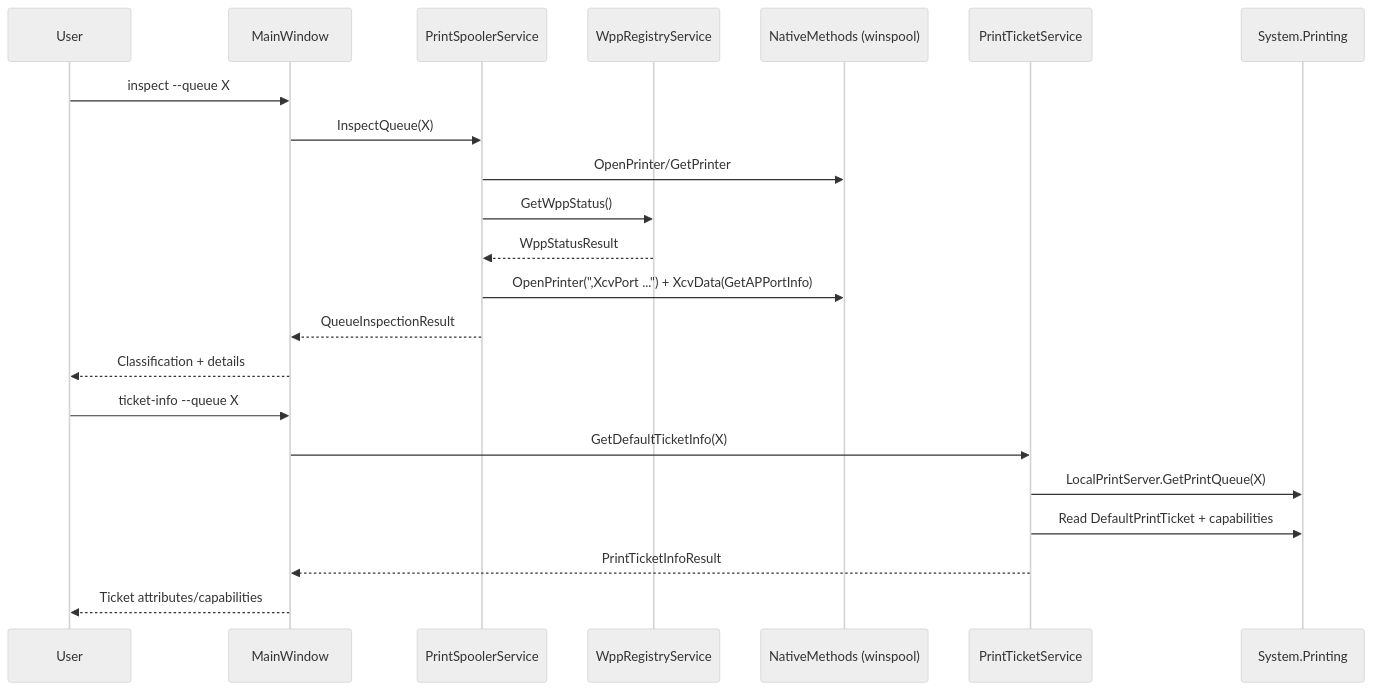
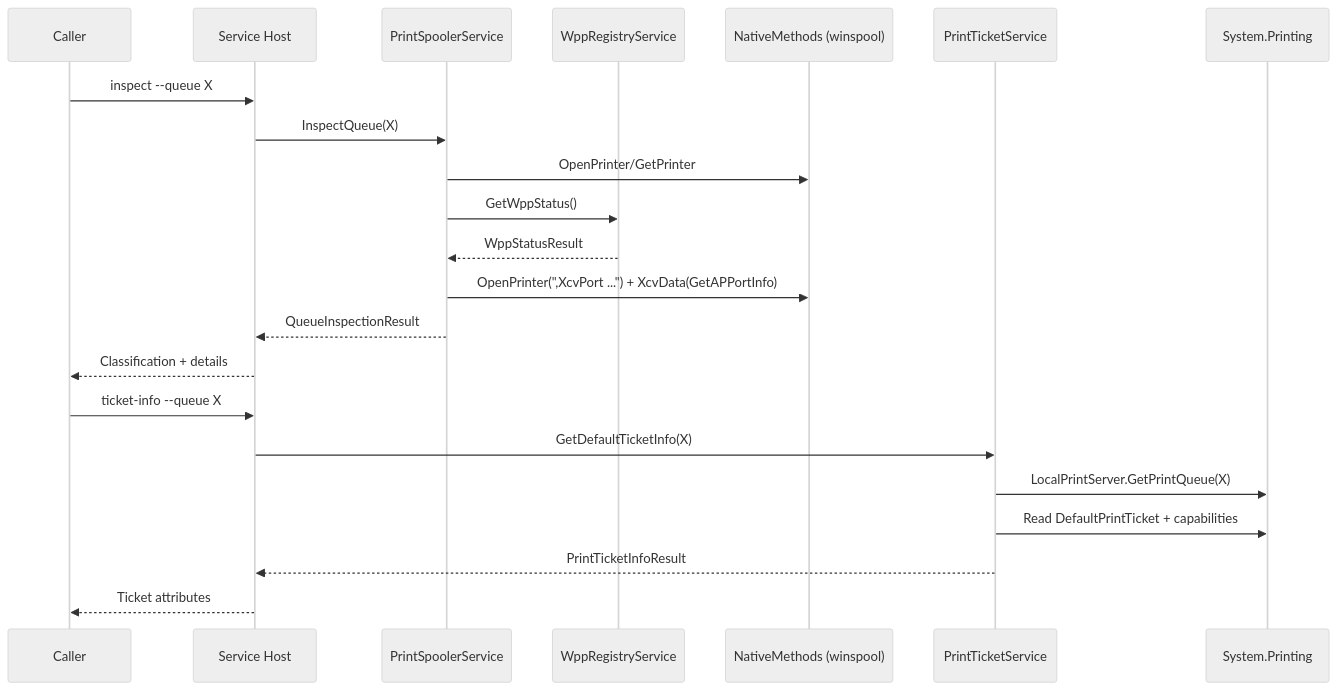
The third of 4 diagrams in docs/guides/03-architecture-styles.md (tiagobuchanellindd/WppQueuePoc), drawn with Mermaid (neutral theme) before and after one commit. The commit also changed other lines of this file and 4 other files, not shown here.

````diff
--- a/docs/guides/03-architecture-styles.md
+++ b/docs/guides/03-architecture-styles.md
@@ -89,26 +95,26 @@
 ```mermaid
 sequenceDiagram
-    participant U as User
-    participant A as MainWindow
+    participant U as Caller
+    participant A as Service Host
     participant S as PrintSpoolerService
     participant R as WppRegistryService
     participant N as NativeMethods (winspool)
     participant T as PrintTicketService
     participant P as System.Printing
 
     U->>A: inspect --queue X
     A->>S: InspectQueue(X)
     S->>N: OpenPrinter/GetPrinter
     S->>R: GetWppStatus()
     R-->>S: WppStatusResult
     S->>N: OpenPrinter(",XcvPort ...") + XcvData(GetAPPortInfo)
     S-->>A: QueueInspectionResult
     A-->>U: Classification + details
 
     U->>A: ticket-info --queue X
     A->>T: GetDefaultTicketInfo(X)
     T->>P: LocalPrintServer.GetPrintQueue(X)
     T->>P: Read DefaultPrintTicket + capabilities
     T-->>A: PrintTicketInfoResult
-    A-->>U: Ticket attributes/capabilities
+    A-->>U: Ticket attributes
 ```
````
